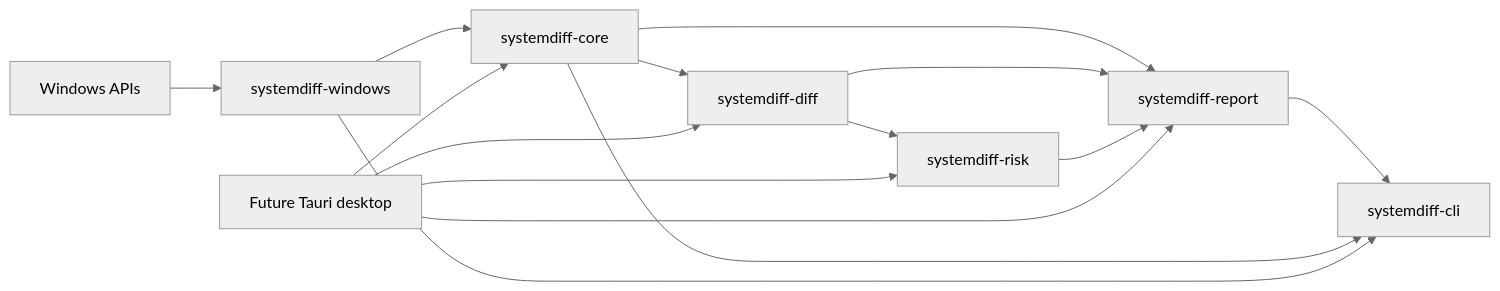
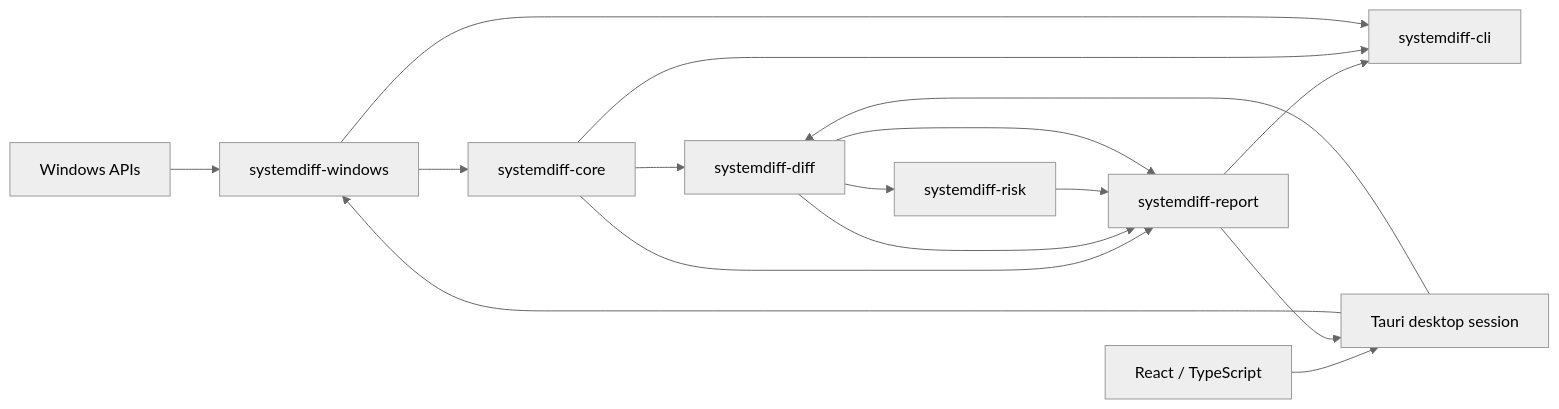
Before and after one commit to XiaojuCH/SystemDiff: the diagram in docs/architecture.md, drawn with Mermaid (neutral theme). The commit also changed other lines of this file and 45 other files, not shown here.

````diff
--- a/docs/architecture.md
+++ b/docs/architecture.md
@@ -11,17 +11,18 @@
 ```mermaid
 flowchart LR
     OS["Windows APIs"] --> WIN["systemdiff-windows"]
     WIN --> CORE["systemdiff-core"]
     CORE --> DIFF["systemdiff-diff"]
     DIFF --> RISK["systemdiff-risk"]
     CORE --> REPORT["systemdiff-report"]
     DIFF --> REPORT
     RISK --> REPORT
     REPORT --> CLI["systemdiff-cli"]
     CORE --> CLI
     WIN --> CLI
-    GUI["Future Tauri desktop"] --> CORE
-    GUI --> DIFF
-    GUI --> RISK
-    GUI --> REPORT
+    UI["React / TypeScript"] --> SESSION["Tauri desktop session"]
+    SESSION --> WIN
+    SESSION --> DIFF
+    DIFF --> REPORT
+    REPORT --> SESSION
 ```
````
